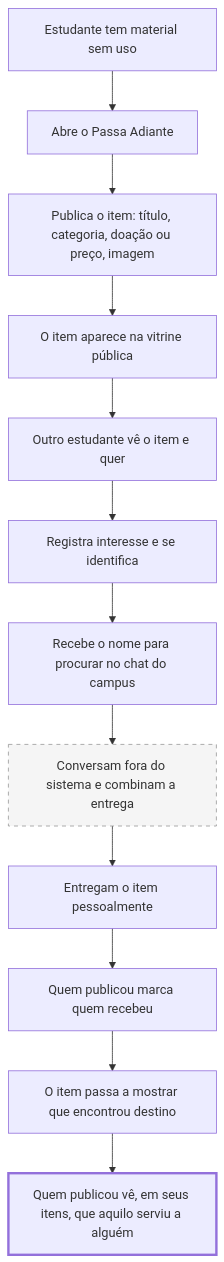
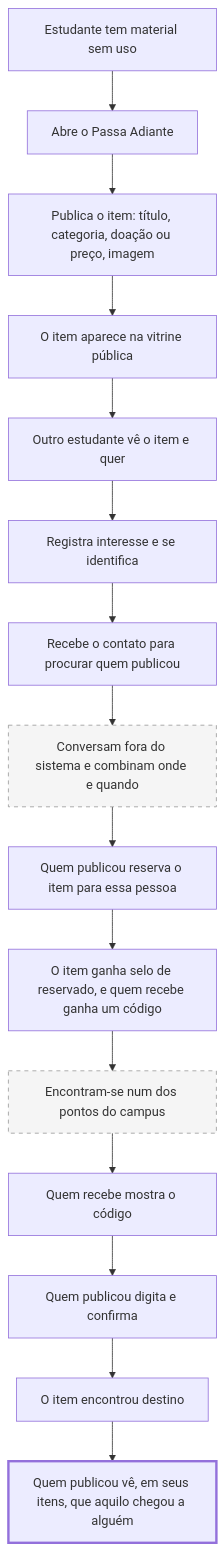
Before and after one commit to GabrielAderaldo/desafio-vortex: the diagram in docs/handbook/prd/PRD-0001-passa-adiante.md, drawn with Mermaid. The commit also changed other lines of this file and 15 other files, not shown here.

````diff
--- a/docs/handbook/prd/PRD-0001-passa-adiante.md
+++ b/docs/handbook/prd/PRD-0001-passa-adiante.md
@@ -119,20 +130,25 @@
 ```mermaid
 flowchart TD
   A[Estudante tem material sem uso] --> B[Abre o Passa Adiante]
   B --> C[Publica o item: título, categoria, doação ou preço, imagem]
   C --> D[O item aparece na vitrine pública]
 
   D --> E[Outro estudante vê o item e quer]
   E --> F[Registra interesse e se identifica]
-  F --> G[Recebe o nome para procurar no chat do campus]
+  F --> G[Recebe o contato para procurar quem publicou]
 
-  G --> H[Conversam fora do sistema e combinam a entrega]
-  H --> I[Entregam o item pessoalmente]
+  G --> H[Conversam fora do sistema e combinam onde e quando]
+  H --> I[Quem publicou reserva o item para essa pessoa]
+  I --> J[O item ganha selo de reservado, e quem recebe ganha um código]
 
-  I --> J[Quem publicou marca quem recebeu]
-  J --> K[O item passa a mostrar que encontrou destino]
-  K --> L[Quem publicou vê, em seus itens, que aquilo serviu a alguém]
+  J --> K[Encontram-se num dos pontos do campus]
+  K --> L[Quem recebe mostra o código]
+  L --> M[Quem publicou digita e confirma]
+
+  M --> N[O item encontrou destino]
+  N --> O[Quem publicou vê, em seus itens, que aquilo chegou a alguém]
 
   style H fill:#f5f5f5,stroke:#999,stroke-dasharray: 5 5
-  style L stroke-width:3px
+  style K fill:#f5f5f5,stroke:#999,stroke-dasharray: 5 5
+  style O stroke-width:3px
 ```
````
